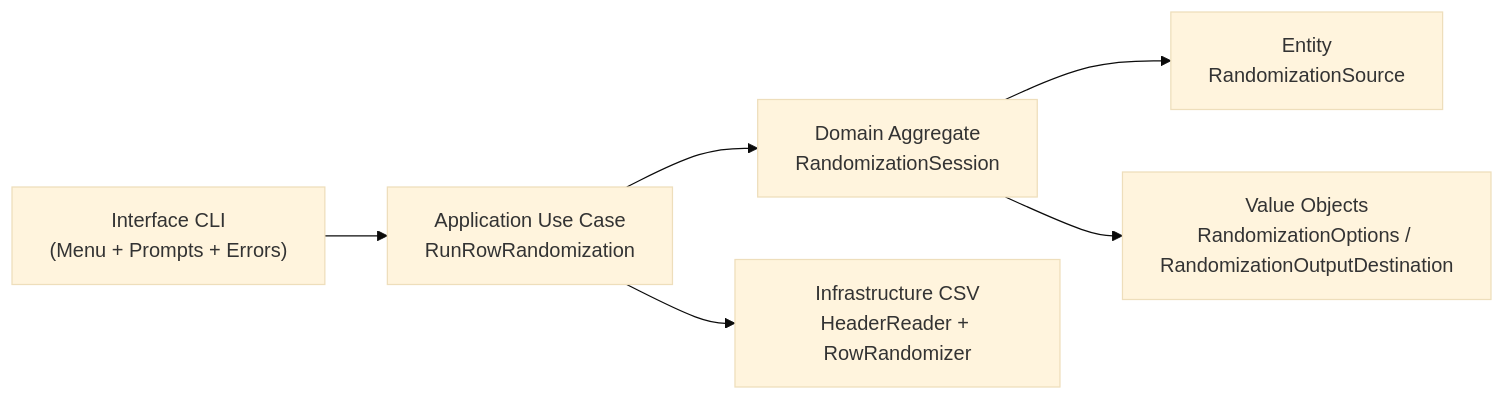
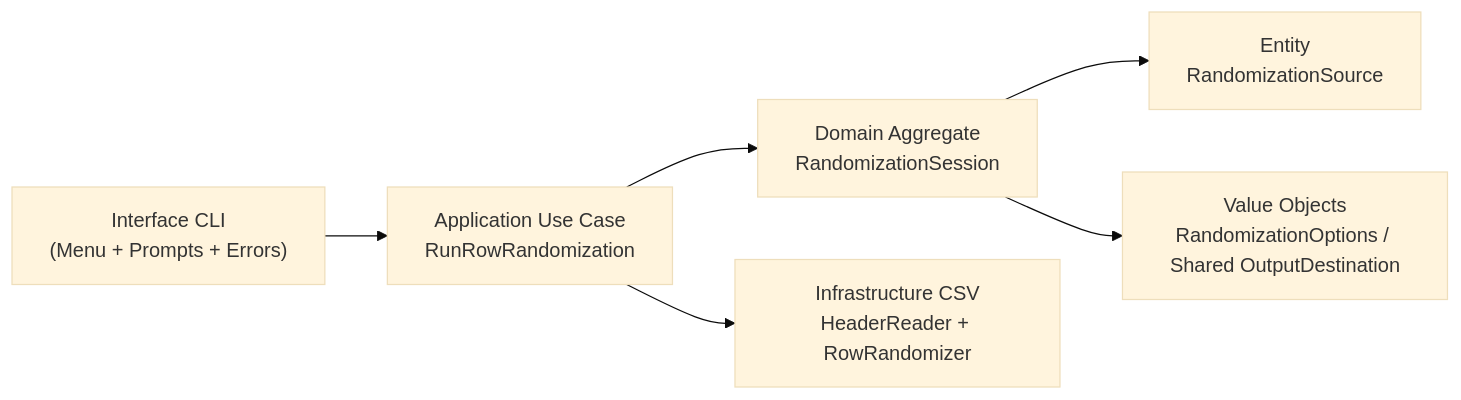
The third of 4 diagrams in README.md (RobertAndrewHall/csvops), drawn with Mermaid (base theme) before and after one commit. The commit also changed other lines of this file, not shown here.

Commit message:
Align README architecture with dedupe domain model

````diff
--- a/README.md
+++ b/README.md
@@ -262,10 +262,10 @@
 ```mermaid
 flowchart LR
   UI3["Interface CLI\n(Menu + Prompts + Errors)"] --> APP3["Application Use Case\nRunRowRandomization"]
   APP3 --> AGG3["Domain Aggregate\nRandomizationSession"]
 
   AGG3 --> E4["Entity\nRandomizationSource"]
-  AGG3 --> V3["Value Objects\nRandomizationOptions / RandomizationOutputDestination"]
+  AGG3 --> V3["Value Objects\nRandomizationOptions / Shared OutputDestination"]
 
   APP3 --> INFCSV3["Infrastructure CSV\nHeaderReader + RowRandomizer"]
 ```
````
